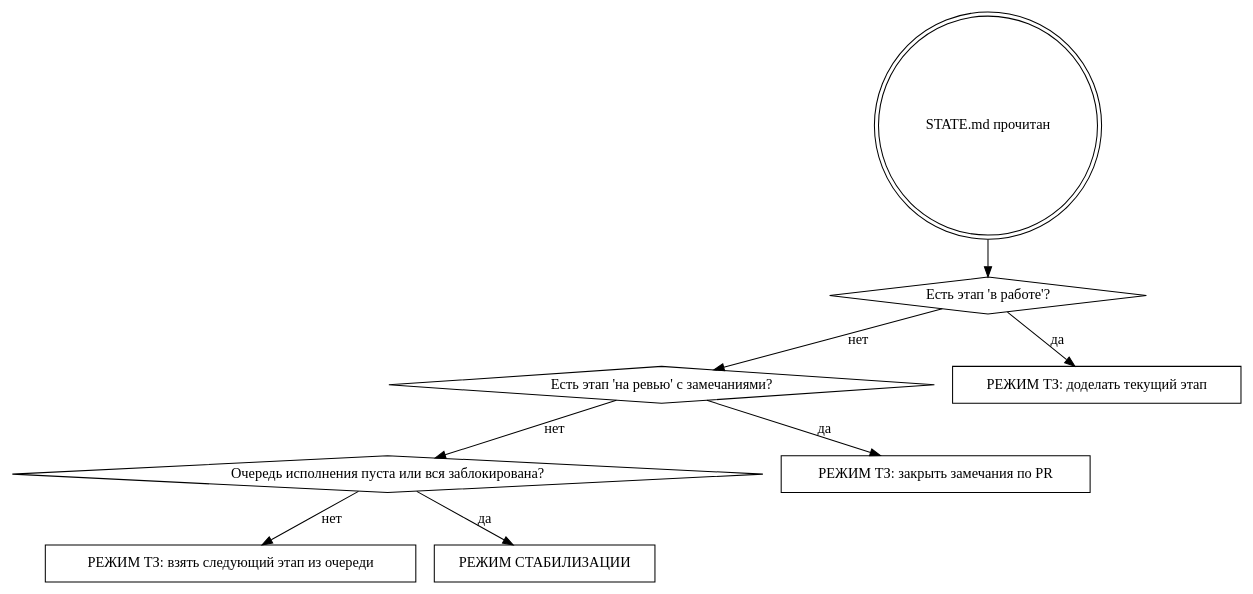
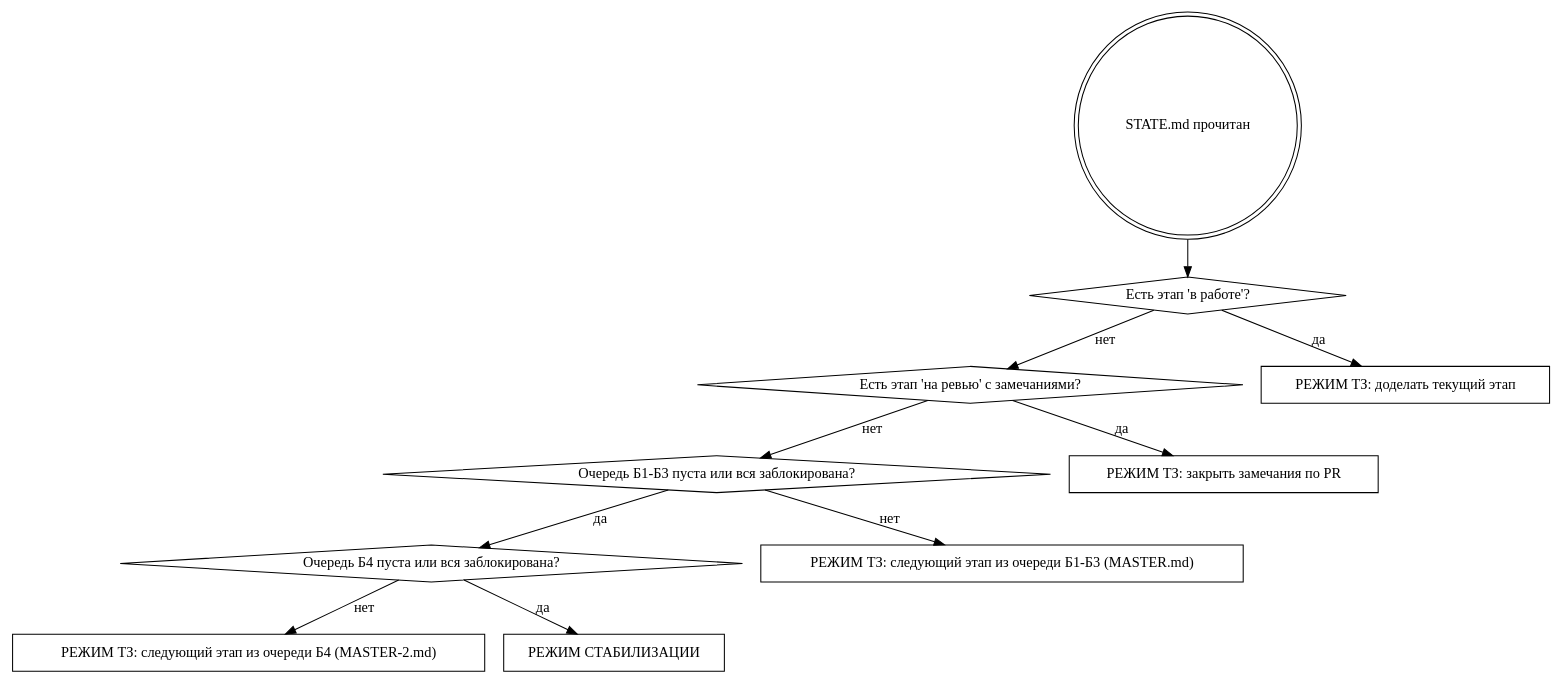
One commit to aiprocadm/bigfin changed the diagram in docs/tz/CONTINUE.md. Above: the diagram before and after it, drawn with Graphviz. The commit also changed other lines of this file and 6 other files, not shown here.

````diff
--- a/docs/tz/CONTINUE.md
+++ b/docs/tz/CONTINUE.md
@@ -57,20 +61,24 @@
 ```dot
 digraph mode {
   "STATE.md прочитан" [shape=doublecircle];
   "Есть этап 'в работе'?" [shape=diamond];
   "Есть этап 'на ревью' с замечаниями?" [shape=diamond];
-  "Очередь исполнения пуста или вся заблокирована?" [shape=diamond];
+  "Очередь Б1-Б3 пуста или вся заблокирована?" [shape=diamond];
+  "Очередь Б4 пуста или вся заблокирована?" [shape=diamond];
   "РЕЖИМ ТЗ: доделать текущий этап" [shape=box];
   "РЕЖИМ ТЗ: закрыть замечания по PR" [shape=box];
-  "РЕЖИМ ТЗ: взять следующий этап из очереди" [shape=box];
+  "РЕЖИМ ТЗ: следующий этап из очереди Б1-Б3 (MASTER.md)" [shape=box];
+  "РЕЖИМ ТЗ: следующий этап из очереди Б4 (MASTER-2.md)" [shape=box];
   "РЕЖИМ СТАБИЛИЗАЦИИ" [shape=box];
 
   "STATE.md прочитан" -> "Есть этап 'в работе'?";
   "Есть этап 'в работе'?" -> "РЕЖИМ ТЗ: доделать текущий этап" [label="да"];
   "Есть этап 'в работе'?" -> "Есть этап 'на ревью' с замечаниями?" [label="нет"];
   "Есть этап 'на ревью' с замечаниями?" -> "РЕЖИМ ТЗ: закрыть замечания по PR" [label="да"];
-  "Есть этап 'на ревью' с замечаниями?" -> "Очередь исполнения пуста или вся заблокирована?" [label="нет"];
-  "Очередь исполнения пуста или вся заблокирована?" -> "РЕЖИМ СТАБИЛИЗАЦИИ" [label="да"];
-  "Очередь исполнения пуста или вся заблокирована?" -> "РЕЖИМ ТЗ: взять следующий этап из очереди" [label="нет"];
+  "Есть этап 'на ревью' с замечаниями?" -> "Очередь Б1-Б3 пуста или вся заблокирована?" [label="нет"];
+  "Очередь Б1-Б3 пуста или вся заблокирована?" -> "РЕЖИМ ТЗ: следующий этап из очереди Б1-Б3 (MASTER.md)" [label="нет"];
+  "Очередь Б1-Б3 пуста или вся заблокирована?" -> "Очередь Б4 пуста или вся заблокирована?" [label="да"];
+  "Очередь Б4 пуста или вся заблокирована?" -> "РЕЖИМ ТЗ: следующий этап из очереди Б4 (MASTER-2.md)" [label="нет"];
+  "Очередь Б4 пуста или вся заблокирована?" -> "РЕЖИМ СТАБИЛИЗАЦИИ" [label="да"];
 }
 ```
````
